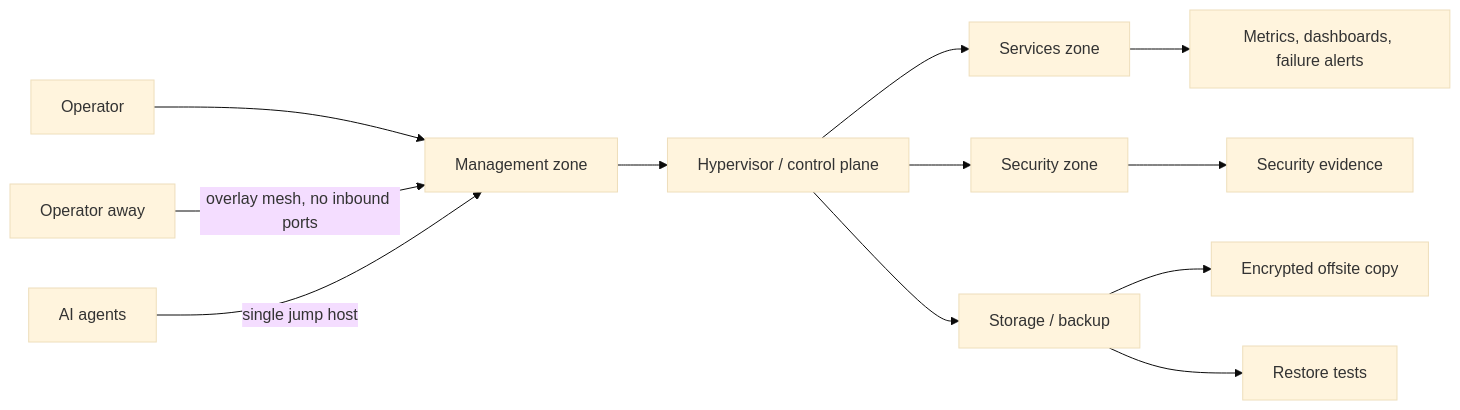
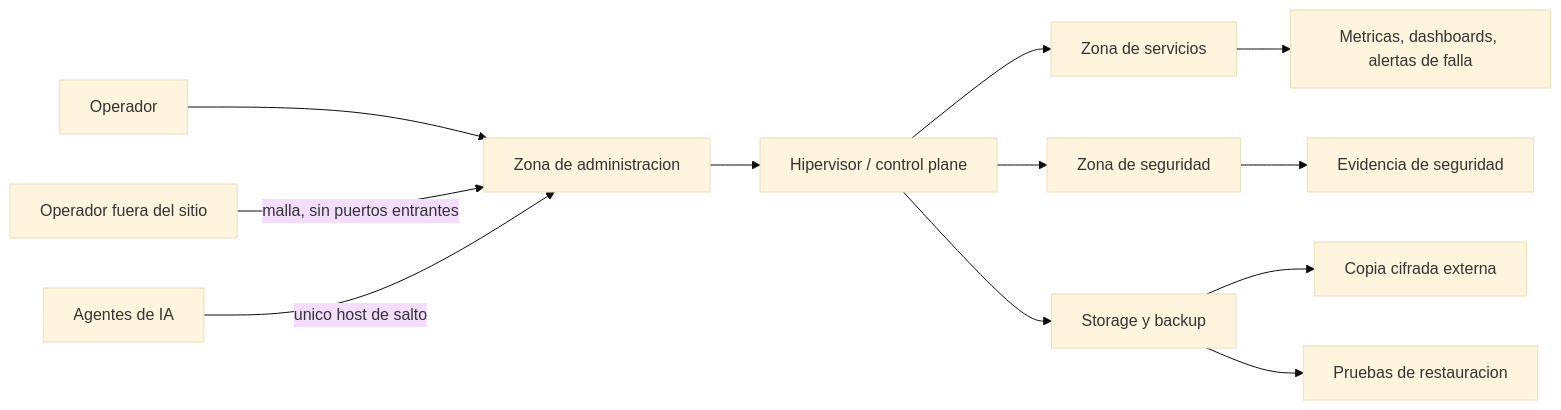
The diagram in README.md (Nicolasperaltait/homelab), drawn with Mermaid (base theme) before and after one commit. The commit also changed other lines of this file and 32 other files, not shown here.

````diff
--- a/README.md
+++ b/README.md
@@ -38,15 +53,14 @@
 ```mermaid
 flowchart LR
-    OP[Operator] --> MGMT[Management zone]
-    REM[Operator away] -->|overlay mesh, no inbound ports| MGMT
-    AI[AI agents] -->|single jump host| MGMT
-    MGMT --> HV[Hypervisor / control plane]
-    HV --> APP[Services zone]
-    HV --> SEC[Security zone]
-    HV --> STO[Storage / backup]
-
-    APP --> MON[Metrics, dashboards, failure alerts]
-    SEC --> SIEM[Security evidence]
-    STO --> OFF[Encrypted offsite copy]
-    STO --> DR[Restore tests]
+    OP[Operador] --> MGMT[Zona de administracion]
+    REM[Operador fuera del sitio] -->|malla, sin puertos entrantes| MGMT
+    AI[Agentes de IA] -->|unico host de salto| MGMT
+    MGMT --> HV[Hipervisor / control plane]
+    HV --> APP[Zona de servicios]
+    HV --> SEC[Zona de seguridad]
+    HV --> STO[Storage y backup]
+    APP --> MON[Metricas, dashboards, alertas de falla]
+    SEC --> SIEM[Evidencia de seguridad]
+    STO --> OFF[Copia cifrada externa]
+    STO --> DR[Pruebas de restauracion]
 ```
````
